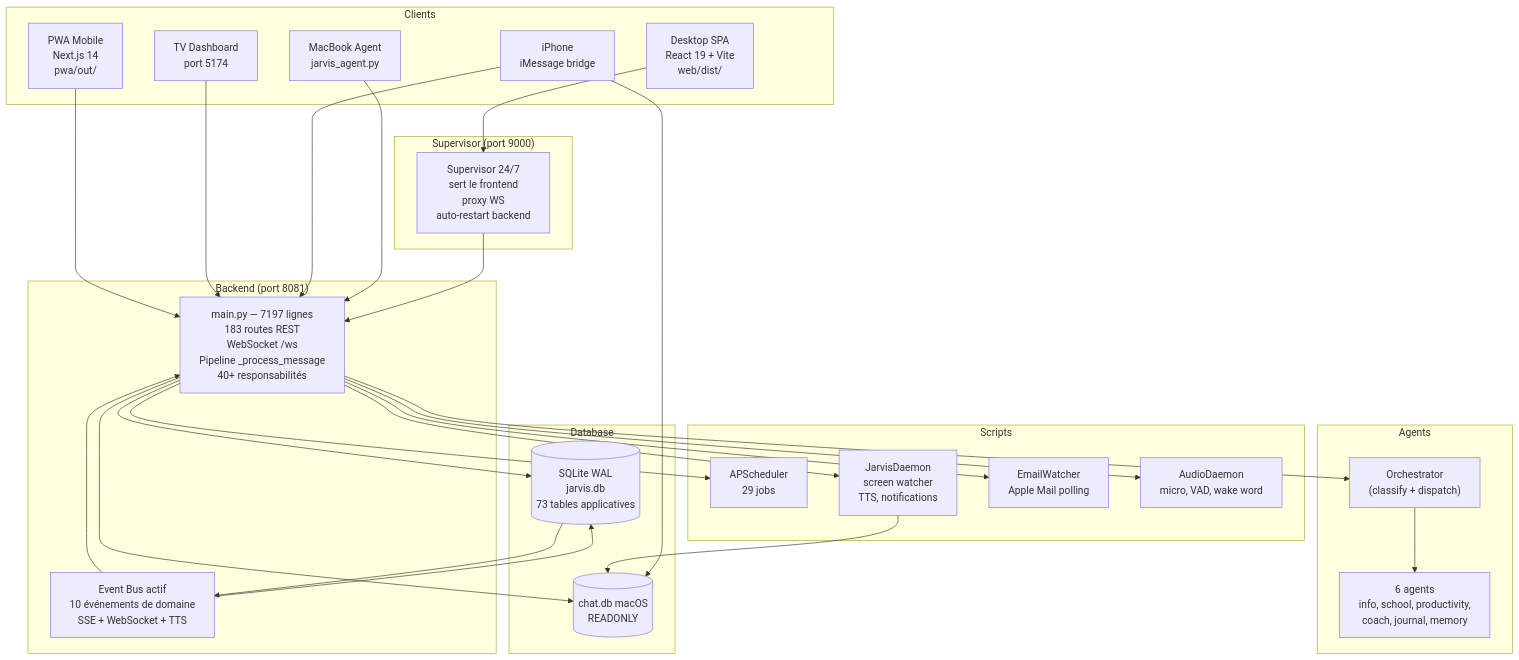
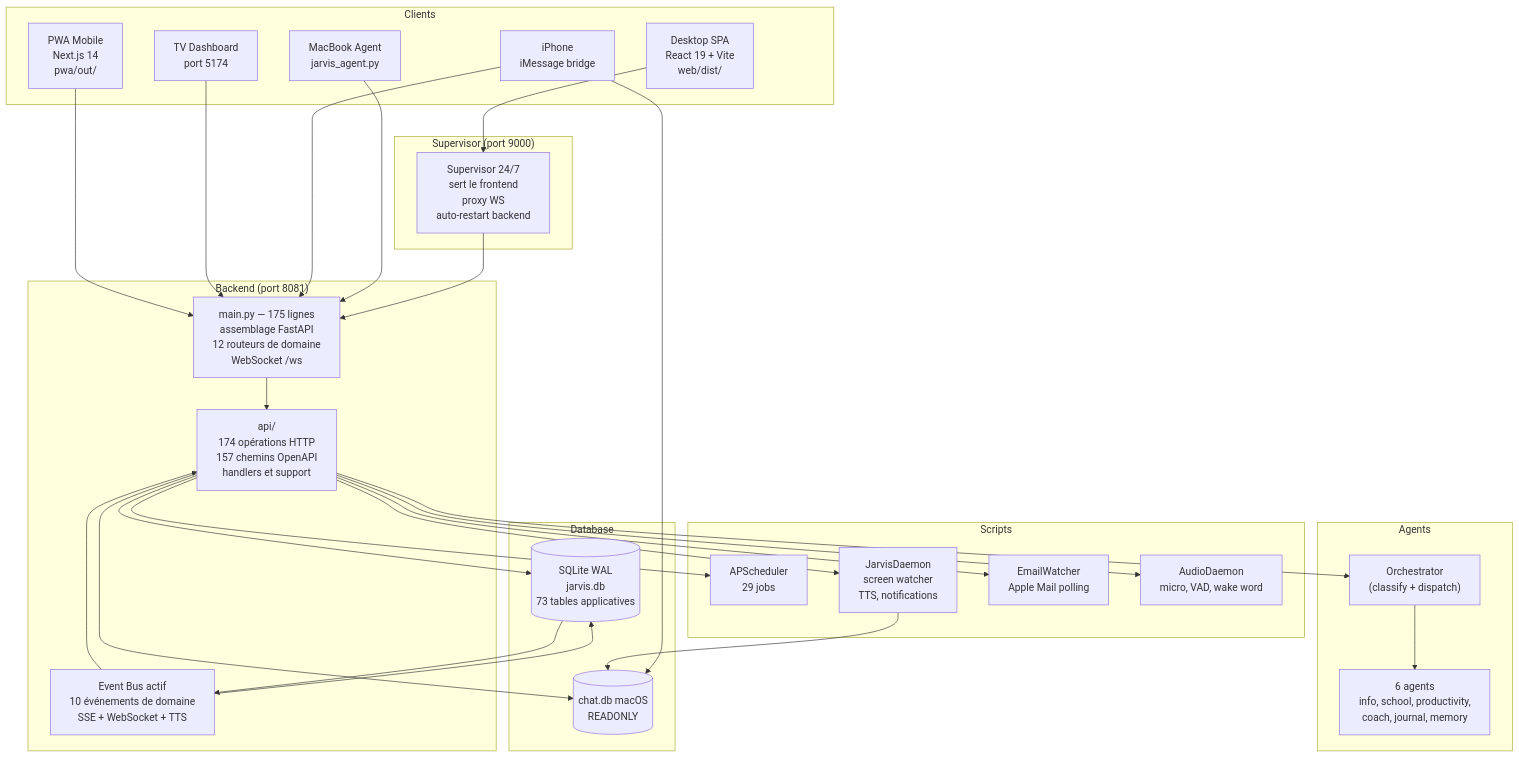
Before and after one commit to AVTAVANTTOUT2/JarvisAPI: the first of 2 diagrams in Architecture/INDEX.md, drawn with Mermaid. The commit also changed other lines of this file and 18 other files, not shown here.

Commit message:
docs: close phase 4 FastAPI modularization

````diff
--- a/Architecture/INDEX.md
+++ b/Architecture/INDEX.md
@@ -97,56 +97,58 @@
 ```mermaid
 graph TB
     subgraph "Clients"
         DESKTOP["Desktop SPA<br/>React 19 + Vite<br/>web/dist/"]
         MOBILE["PWA Mobile<br/>Next.js 14<br/>pwa/out/"]
         TV["TV Dashboard<br/>port 5174"]
         IMESSAGE["iPhone<br/>iMessage bridge"]
         AGENT["MacBook Agent<br/>jarvis_agent.py"]
     end
 
     subgraph "Supervisor (port 9000)"
         SUP["Supervisor 24/7<br/>sert le frontend<br/>proxy WS<br/>auto-restart backend"]
     end
 
     subgraph "Backend (port 8081)"
-        MAIN["main.py — 7197 lignes<br/>183 routes REST<br/>WebSocket /ws<br/>Pipeline _process_message<br/>40+ responsabilités"]
+        MAIN["main.py — 175 lignes<br/>assemblage FastAPI<br/>12 routeurs de domaine<br/>WebSocket /ws"]
+        API["api/<br/>174 opérations HTTP<br/>157 chemins OpenAPI<br/>handlers et support"]
         BUS["Event Bus actif<br/>10 événements de domaine<br/>SSE + WebSocket + TTS"]
     end
 
     subgraph "Agents"
         ORCH["Orchestrator<br/>(classify + dispatch)"]
         AG["6 agents<br/>info, school, productivity,<br/>coach, journal, memory"]
     end
 
     subgraph "Database"
         DB[(SQLite WAL<br/>jarvis.db<br/>73 tables applicatives)]
         CHATDB[(chat.db macOS<br/>READONLY)]
     end
 
     subgraph "Scripts"
         SCHED["APScheduler<br/>29 jobs"]
         DAEMON["JarvisDaemon<br/>screen watcher<br/>TTS, notifications"]
         EMAILW["EmailWatcher<br/>Apple Mail polling"]
         AUDIOD["AudioDaemon<br/>micro, VAD, wake word"]
     end
 
     DESKTOP --> SUP
     MOBILE --> MAIN
     TV --> MAIN
     IMESSAGE --> MAIN
     AGENT --> MAIN
     SUP --> MAIN
-    MAIN --> ORCH
+    MAIN --> API
+    API --> ORCH
     ORCH --> AG
-    MAIN --> DB
+    API --> DB
     DB --> BUS
     BUS --> DB
-    BUS --> MAIN
-    MAIN --> SCHED
-    MAIN --> DAEMON
-    MAIN --> EMAILW
-    MAIN --> AUDIOD
+    BUS --> API
+    API --> SCHED
+    API --> DAEMON
+    API --> EMAILW
+    API --> AUDIOD
     DAEMON --> CHATDB
     IMESSAGE --> CHATDB
-    MAIN --> CHATDB
+    API --> CHATDB
 ```
````
